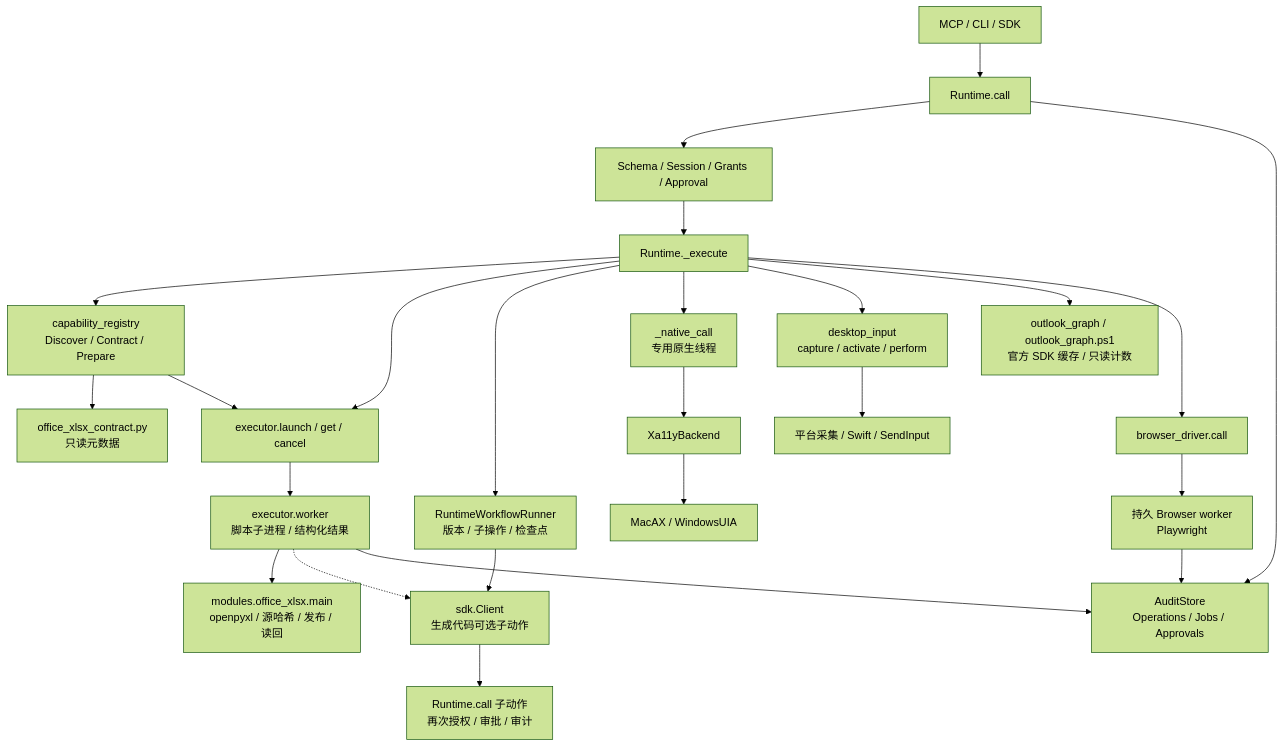
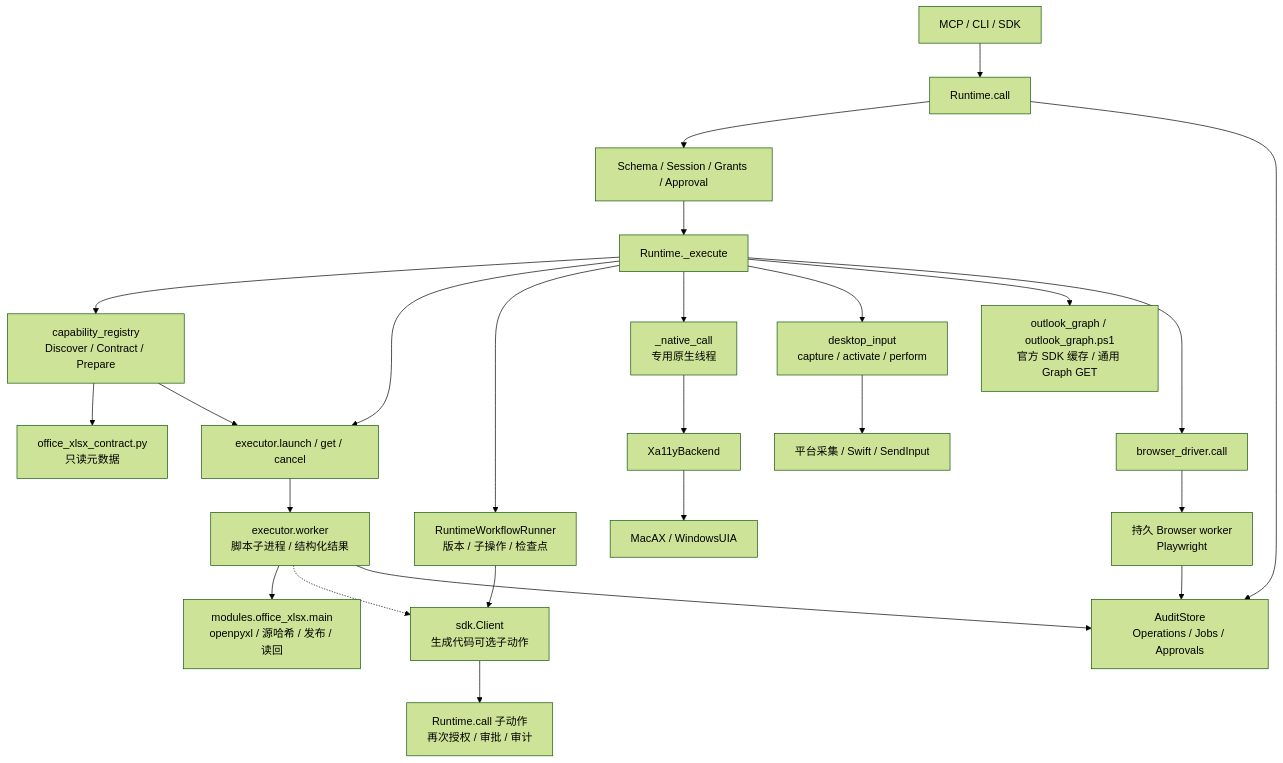
Before and after one commit to YeohsCode/Bokkio: the diagram in wiki/summaries/module-call-map.md, drawn with Mermaid (forest theme). The commit also changed other lines of this file and 60 other files, not shown here.

Commit message:
Replace hardcoded Outlook query with generic Graph reads and update wiki

````diff
--- a/wiki/summaries/module-call-map.md
+++ b/wiki/summaries/module-call-map.md
@@ -17,27 +17,27 @@
 ```mermaid
 flowchart TB
     Entry["MCP / CLI / SDK"] --> Call["Runtime.call"]
     Call --> Check["Schema / Session / Grants / Approval"]
     Check --> Dispatch["Runtime._execute"]
     Call --> Audit["AuditStore<br/>Operations / Jobs / Approvals"]
     Dispatch --> Registry["capability_registry<br/>Discover / Contract / Prepare"]
     Registry --> Manifest["office_xlsx_contract.py<br/>只读元数据"]
     Registry --> EX["executor.launch / get / cancel"]
     Dispatch --> EX
     EX --> EW["executor.worker<br/>脚本子进程 / 结构化结果"]
     EW --> XLSX["modules.office_xlsx.main<br/>openpyxl / 源哈希 / 发布 / 读回"]
     EW -.-> SDK["sdk.Client<br/>生成代码可选子动作"]
     SDK --> Reentry["Runtime.call 子动作<br/>再次授权 / 审批 / 审计"]
     Dispatch --> WF["RuntimeWorkflowRunner<br/>版本 / 子操作 / 检查点"]
     WF --> SDK
     Dispatch --> NT["_native_call<br/>专用原生线程"]
     NT --> XA["Xa11yBackend"]
     XA --> OS["MacAX / WindowsUIA"]
     Dispatch --> Input["desktop_input<br/>capture / activate / perform"]
     Input --> Capture["平台采集 / Swift / SendInput"]
-    Dispatch --> GraphPS["outlook_graph / outlook_graph.ps1<br/>官方 SDK 缓存 / 只读计数"]
+    Dispatch --> GraphPS["outlook_graph / outlook_graph.ps1<br/>官方 SDK 缓存 / 通用 Graph GET"]
     Dispatch --> BC["browser_driver.call"]
     BC --> BW["持久 Browser worker<br/>Playwright"]
     EW --> Audit
     BW --> Audit
 ```
````
